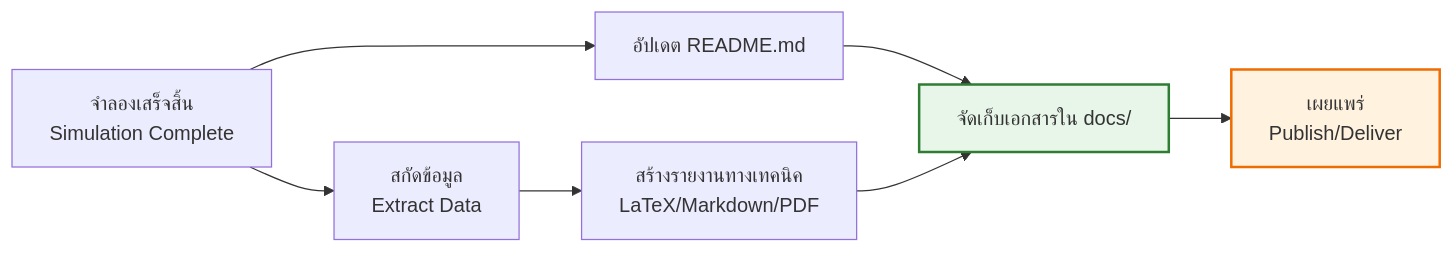
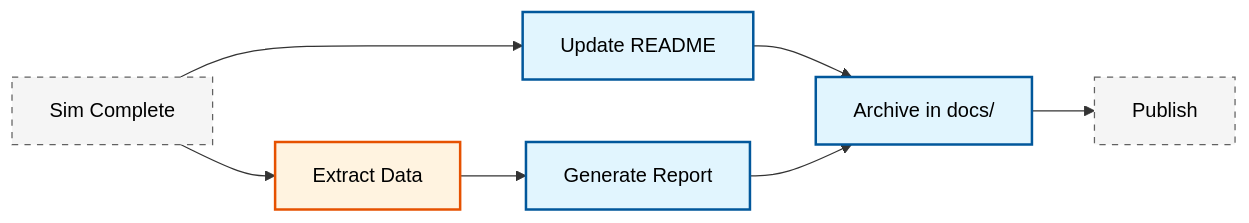
Before and after one commit to wramet/build-my-cfd: the diagram in MODULE_07_UTILITIES_AUTOMATION/CONTENT/07_PROFESSIONAL_PRACTICE/02_Documentation_Standards.md, drawn with Mermaid. The commit also changed 313 other files, not shown here.

Commit message:
Revise all diagram

````diff
--- a/MODULE_07_UTILITIES_AUTOMATION/CONTENT/07_PROFESSIONAL_PRACTICE/02_Documentation_Standards.md
+++ b/MODULE_07_UTILITIES_AUTOMATION/CONTENT/07_PROFESSIONAL_PRACTICE/02_Documentation_Standards.md
@@ -1038,12 +1038,13 @@
 ```mermaid
 flowchart LR
-    A[จำลองเสร็จสิ้น<br/>Simulation Complete] --> B[สกัดข้อมูล<br/>Extract Data]
-    B --> C[สร้างรายงานทางเทคนิค<br/>LaTeX/Markdown/PDF]
-    A --> D[อัปเดต README.md]
-    D --> E[จัดเก็บเอกสารใน docs/]
-    C --> E
-    E --> F[เผยแพร่<br/>Publish/Deliver]
+classDef implicit fill:#e1f5fe,stroke:#01579b,stroke-width:2px,color:#000
+classDef explicit fill:#fff3e0,stroke:#e65100,stroke-width:2px,color:#000
+classDef context fill:#f5f5f5,stroke:#616161,stroke-width:1px,color:#000,stroke-dasharray: 5 5
 
-    style E fill:#e8f5e9,stroke:#2e7d32,stroke-width:2px
-    style F fill:#fff3e0,stroke:#ef6c00,stroke-width:2px
+A[Sim Complete]:::context --> B[Extract Data]:::explicit
+B --> C[Generate Report]:::implicit
+A --> D[Update README]:::implicit
+D --> E[Archive in docs/]:::implicit
+C --> E
+E --> F[Publish]:::context
 ```
````
